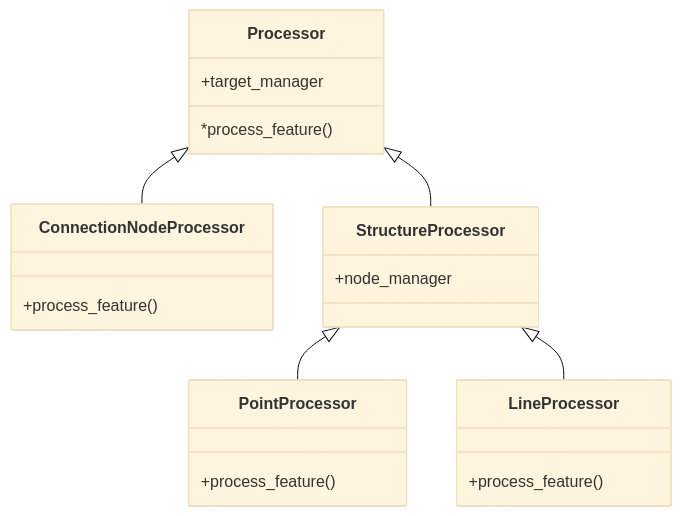
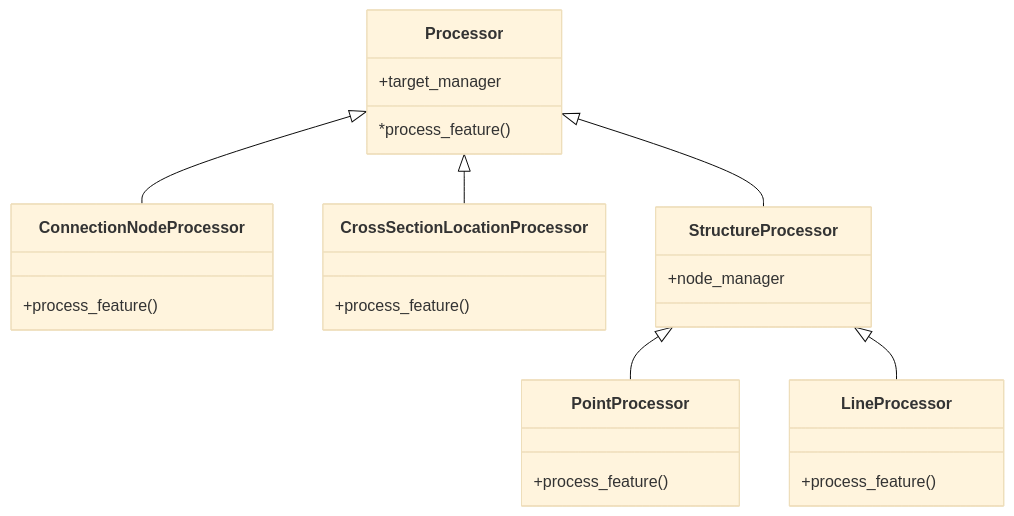
The second of 2 diagrams in DESIGN.md (nens/threedi-schematisation-editor), drawn with Mermaid (base theme) before and after one commit. The commit also changed other lines of this file and 19 other files, not shown here.

````diff
--- a/DESIGN.md
+++ b/DESIGN.md
@@ -53,28 +63,33 @@
 ```mermaid
 classDiagram
     Processor <|-- ConnectionNodeProcessor
+    Processor <|-- CrossSectionLocationProcessor
     Processor <|-- StructureProcessor
     StructureProcessor <|-- PointProcessor
     StructureProcessor <|-- LineProcessor
 
     class Processor {
         +target_manager
         *process_feature()
     }
 
     class ConnectionNodeProcessor {
+        +process_feature()
+    }
+    
+    class CrossSectionLocationProcessor {
         +process_feature()
     }
 
     class StructureProcessor {
         +node_manager
     }
 
     class PointProcessor {
         +process_feature()
     }
 
     class LineProcessor {
         +process_feature()
     }
 ```
````
